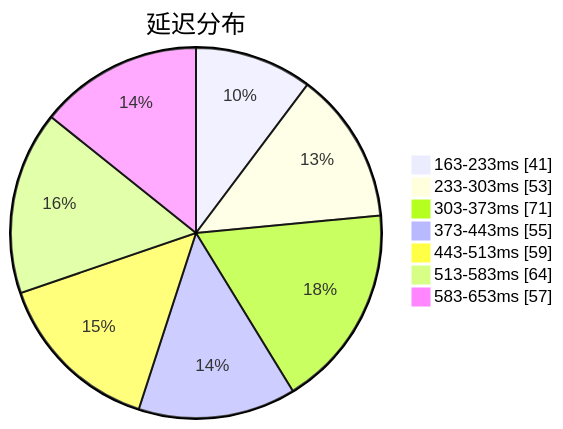
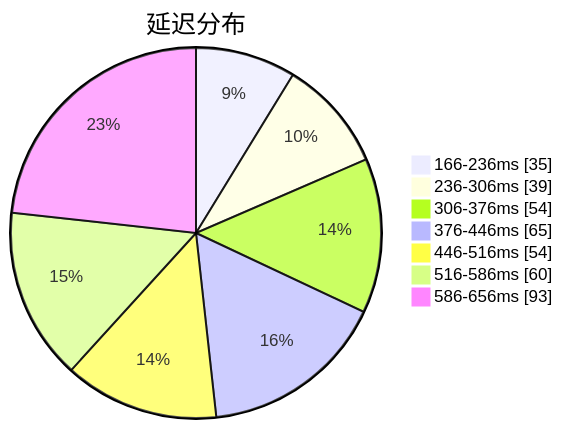
One commit to qjlxg/airport changed the first of 3 diagrams in subs/statistics/tested_within.md. Above: the diagram before and after it, drawn with Mermaid. The commit also changed other lines of this file and 2 other files, not shown here.

````diff
--- a/subs/statistics/tested_within.md
+++ b/subs/statistics/tested_within.md
@@ -2,11 +2,11 @@
 ```mermaid
 pie showData
 title 延迟分布
-"163-233ms" : 41
-"233-303ms" : 53
-"303-373ms" : 71
-"373-443ms" : 55
-"443-513ms" : 59
-"513-583ms" : 64
-"583-653ms" : 57
+"166-236ms" : 35
+"236-306ms" : 39
+"306-376ms" : 54
+"376-446ms" : 65
+"446-516ms" : 54
+"516-586ms" : 60
+"586-656ms" : 93
 ```
````
